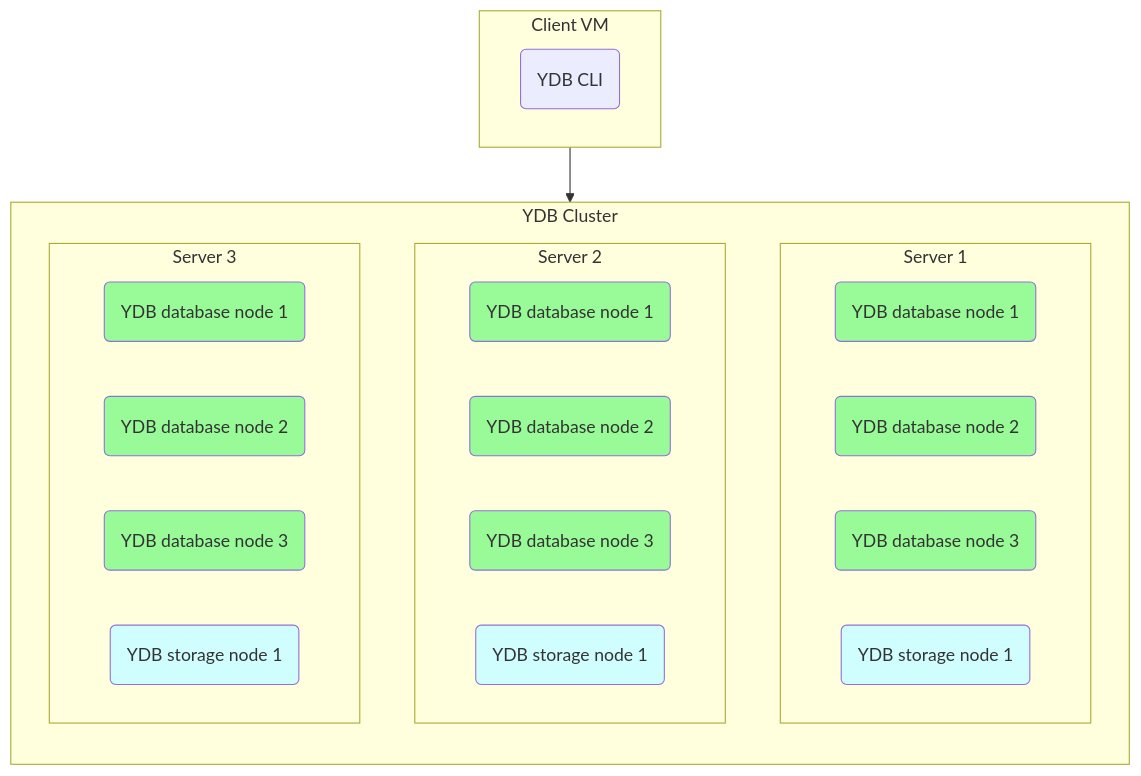
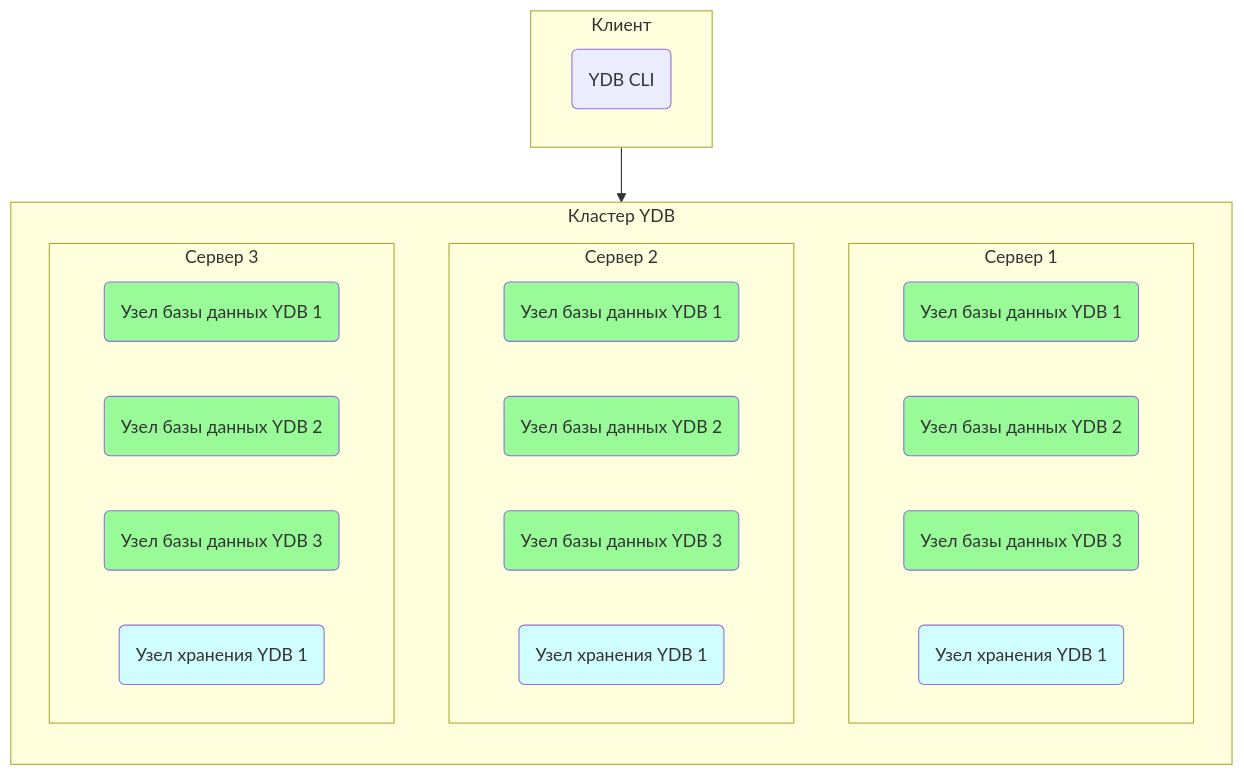
The diagram in ydb/docs/ru/core/troubleshooting/examples/schemas/overloaded-shard-simple-case.md (ydb-platform/ydb), drawn with Mermaid before and after one commit.

Commit message:
Translated the diagram

````diff
--- a/ydb/docs/ru/core/troubleshooting/examples/schemas/overloaded-shard-simple-case.md
+++ b/ydb/docs/ru/core/troubleshooting/examples/schemas/overloaded-shard-simple-case.md
@@ -227,36 +227,36 @@
 ```mermaid
 flowchart
 
-subgraph client[Client VM]
+subgraph client[Клиент]
     cli(YDB CLI)
 end
 
 client-->cluster
 
-subgraph cluster["YDB Cluster"]
+subgraph cluster["Кластер YDB"]
     direction TB
-    subgraph S1["Server 1"]
-        node1(YDB database node 1)
-        node2(YDB database node 2)
-        node3(YDB database node 3)
-        node4(YDB storage node 1)
+    subgraph S1["Сервер 1"]
+        node1(Узел базы данных YDB 1)
+        node2(Узел базы данных YDB 2)
+        node3(Узел базы данных YDB 3)
+        node4(Узел хранения YDB 1)
     end
-    subgraph S2["Server 2"]
-        node5(YDB database node 1)
-        node6(YDB database node 2)
-        node7(YDB database node 3)
-        node8(YDB storage node 1)
+    subgraph S2["Сервер 2"]
+        node5(Узел базы данных YDB 1)
+        node6(Узел базы данных YDB 2)
+        node7(Узел базы данных YDB 3)
+        node8(Узел хранения YDB 1)
     end
-    subgraph S3["Server 3"]
-        node9(YDB database node 1)
-        node10(YDB database node 2)
-        node11(YDB database node 3)
-        node12(YDB storage node 1)
+    subgraph S3["Сервер 3"]
+        node9(Узел базы данных YDB 1)
+        node10(Узел базы данных YDB 2)
+        node11(Узел базы данных YDB 3)
+        node12(Узел хранения YDB 1)
     end
 end
 
 classDef storage-node fill:#D0FEFE
 classDef database-node fill:#98FB98
 class node4,node8,node12 storage-node
 class node1,node2,node3,node5,node6,node7,node9,node10,node11 database-node
 ```
````
